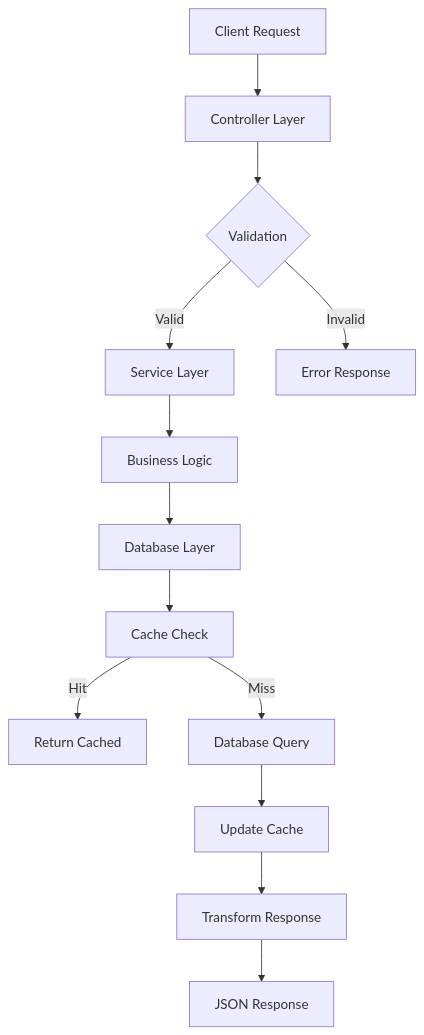
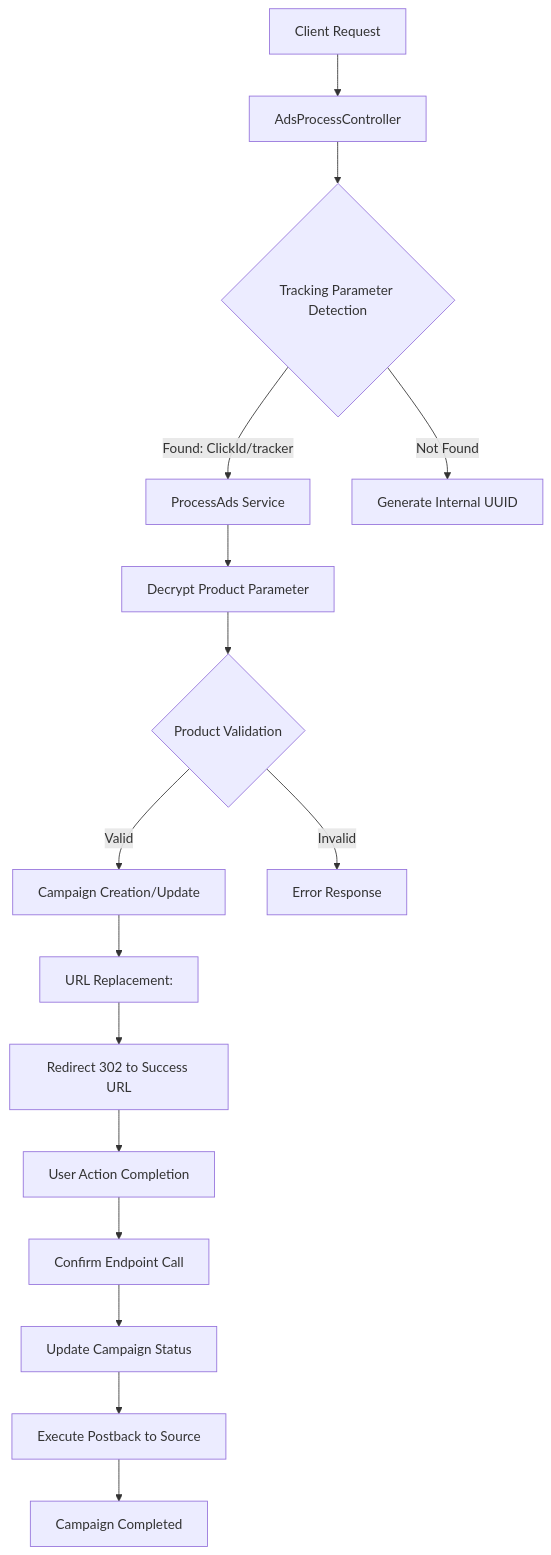
One commit to xamircastel/xafra-ads changed the second of 2 diagrams in ARCHITECTURE.md. Above: the diagram before and after it, drawn with Mermaid. The commit also changed other lines of this file and 4 other files, not shown here.

First line of the commit message:
docs: Update project documentation with validated business logic

````diff
--- a/ARCHITECTURE.md
+++ b/ARCHITECTURE.md
@@ -158,15 +285,18 @@
 ```mermaid
 graph TD
-    A[Client Request] --> B[Controller Layer]
-    B --> C{Validation}
-    C -->|Valid| D[Service Layer]
-    C -->|Invalid| E[Error Response]
-    D --> F[Business Logic]
-    F --> G[Database Layer]
-    G --> H[Cache Check]
-    H -->|Hit| I[Return Cached]
-    H -->|Miss| J[Database Query]
-    J --> K[Update Cache]
-    K --> L[Transform Response]
-    L --> M[JSON Response]
+    A[Client Request] --> B[AdsProcessController]
+    B --> C{Tracking Parameter Detection}
+    C -->|Found: ClickId/tracker| D[ProcessAds Service]
+    C -->|Not Found| E[Generate Internal UUID]
+    D --> F[Decrypt Product Parameter]
+    F --> G{Product Validation}
+    G -->|Valid| H[Campaign Creation/Update]
+    G -->|Invalid| I[Error Response]
+    H --> J[URL Replacement: <TRAKING>]
+    J --> K[Redirect 302 to Success URL]
+    K --> L[User Action Completion]
+    L --> M[Confirm Endpoint Call]
+    M --> N[Update Campaign Status]
+    N --> O[Execute Postback to Source]
+    O --> P[Campaign Completed]
 ```
````
